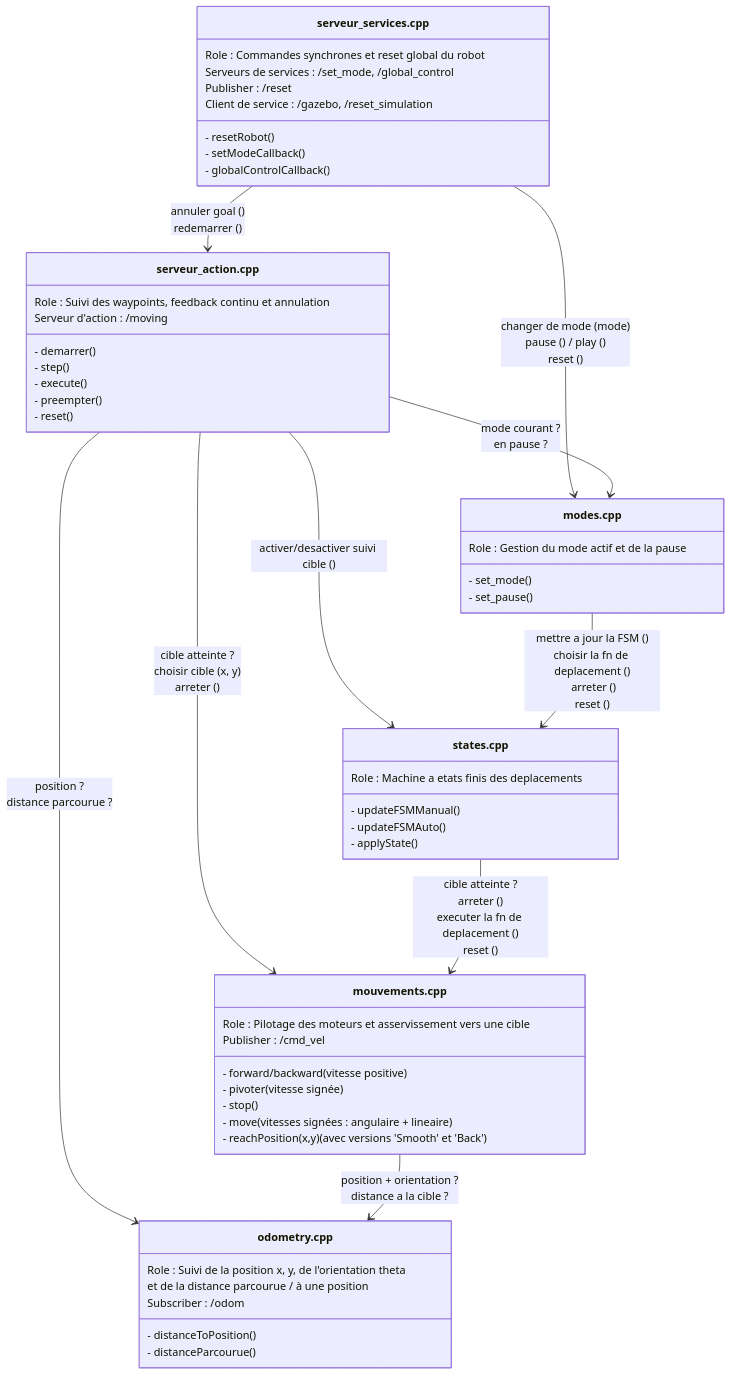
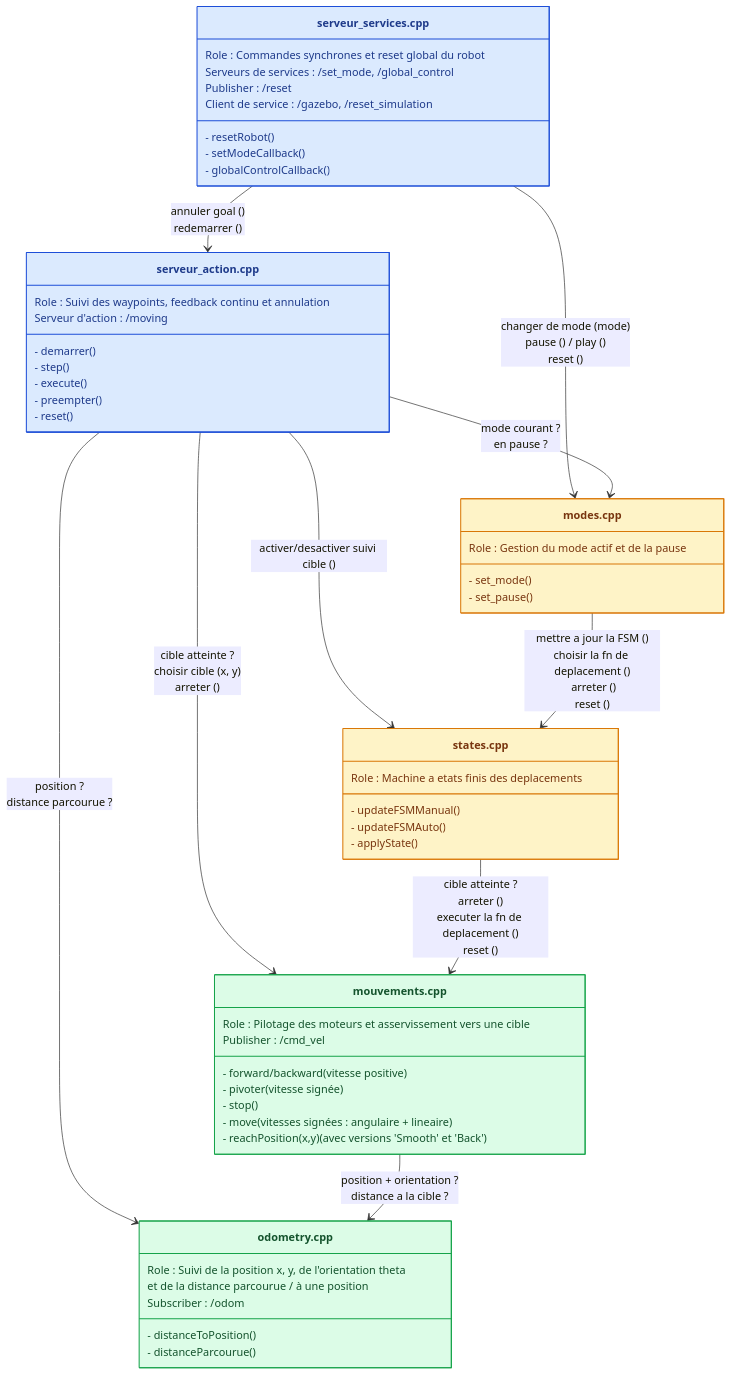
Before and after one commit to benoitdekeyn/E4SE_TD_TP: the third of 7 diagrams in robotique_et_navigation/Rapport/Rapport.md, drawn with Mermaid. The commit also changed other lines of this file and 2 other files, not shown here.

Commit message:
colored zoom diagrams

````diff
--- a/robotique_et_navigation/Rapport/Rapport.md
+++ b/robotique_et_navigation/Rapport/Rapport.md
@@ -145,69 +166,76 @@
-```mermaid
+```mermaid zoom=60
 classDiagram
     direction TB
 
     class ServeurServices["serveur_services.cpp"] {
         Role : Commandes synchrones et reset global du robot
         Serveurs de services : /set_mode, /global_control
         Publisher : /reset
         Client de service : /gazebo, /reset_simulation
         - resetRobot()
         - setModeCallback()
         - globalControlCallback()
     }
 
     class ServeurAction["serveur_action.cpp"] {
         Role : Suivi des waypoints, feedback continu et annulation
         Serveur d'action : /moving
         - demarrer()
         - step()
         - execute()
         - preempter()
         - reset()
     }
 
     class Modes["modes.cpp"] {
         Role : Gestion du mode actif et de la pause
         - set_mode()
         - set_pause()
     }
 
     class States["states.cpp"] {
         Role : Machine a etats finis des deplacements
         - updateFSMManual()
         - updateFSMAuto()
         - applyState()
     }
 
     class Mouvements["mouvements.cpp"] {
         Role : Pilotage des moteurs et asservissement vers une cible
         Publisher : /cmd_vel
         - forward/backward(vitesse positive)
         - pivoter(vitesse signée)
         - stop()
         - move(vitesses signées : angulaire + lineaire)
         - reachPosition(x,y) (avec versions 'Smooth' et 'Back')
     }
 
     class Odometry["odometry.cpp"] {
         Role : Suivi de la position x, y, de l'orientation theta
                et de la distance parcourue / à une position
         Subscriber : /odom
         - distanceToPosition()
         - distanceParcourue()
     }
 
     ServeurServices --> Modes : changer de mode (mode)<br/>pause () / play ()<br/>reset ()
     ServeurServices --> ServeurAction : annuler goal ()<br/>redemarrer ()
 
     ServeurAction --> Mouvements : cible atteinte ?<br/>choisir cible (x, y)<br/>arreter ()
     ServeurAction --> States : activer/desactiver suivi cible ()
     ServeurAction --> Modes : mode courant ?<br/>en pause ?
     ServeurAction --> Odometry : position ?<br/>distance parcourue ?
 
     Modes --> States : mettre a jour la FSM ()<br/>choisir la fn de deplacement ()<br/> arreter ()<br/>reset ()
 
     States --> Mouvements : cible atteinte ?<br/>arreter ()<br/>executer la fn de deplacement ()<br/>reset ()
 
     Mouvements --> Odometry : position + orientation ?<br/>distance a la cible ?
+
+    style ServeurServices fill:#dbeafe,stroke:#1d4ed8,stroke-width:1.5px,color:#1e3a8a
+    style ServeurAction fill:#dbeafe,stroke:#1d4ed8,stroke-width:1.5px,color:#1e3a8a
+    style Modes fill:#fef3c7,stroke:#d97706,stroke-width:1.5px,color:#78350f
+    style States fill:#fef3c7,stroke:#d97706,stroke-width:1.5px,color:#78350f
+    style Mouvements fill:#dcfce7,stroke:#16a34a,stroke-width:1.5px,color:#14532d
+    style Odometry fill:#dcfce7,stroke:#16a34a,stroke-width:1.5px,color:#14532d
 ```
````
